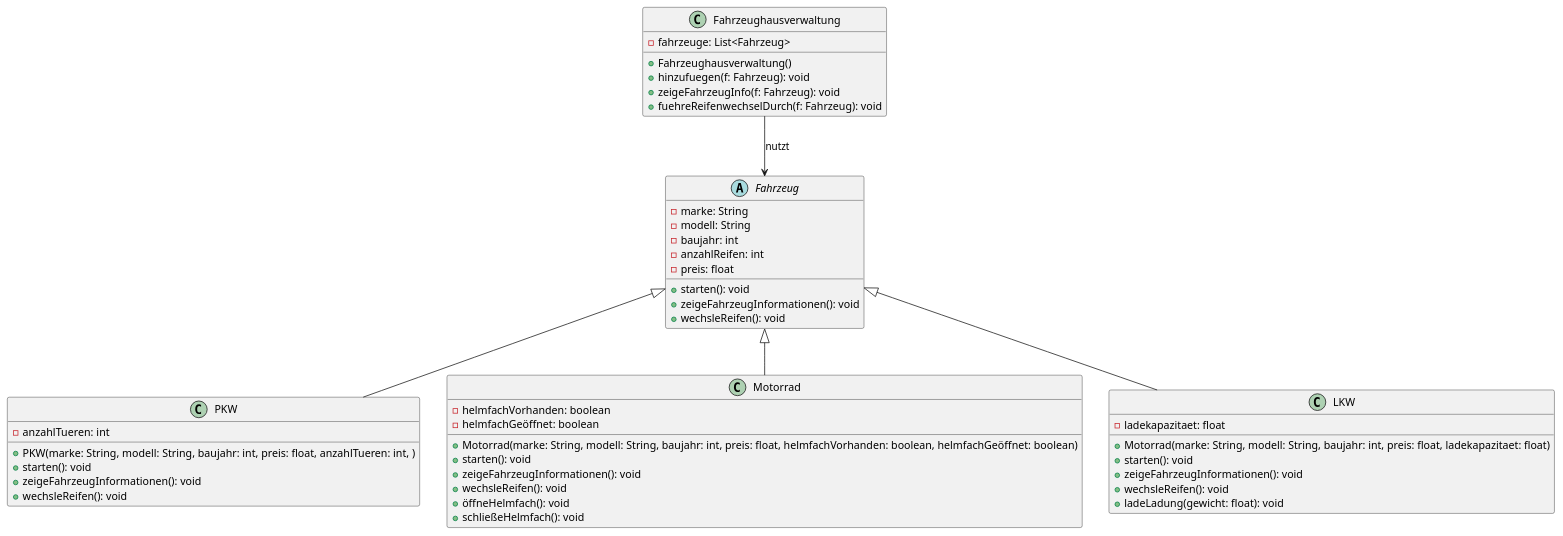
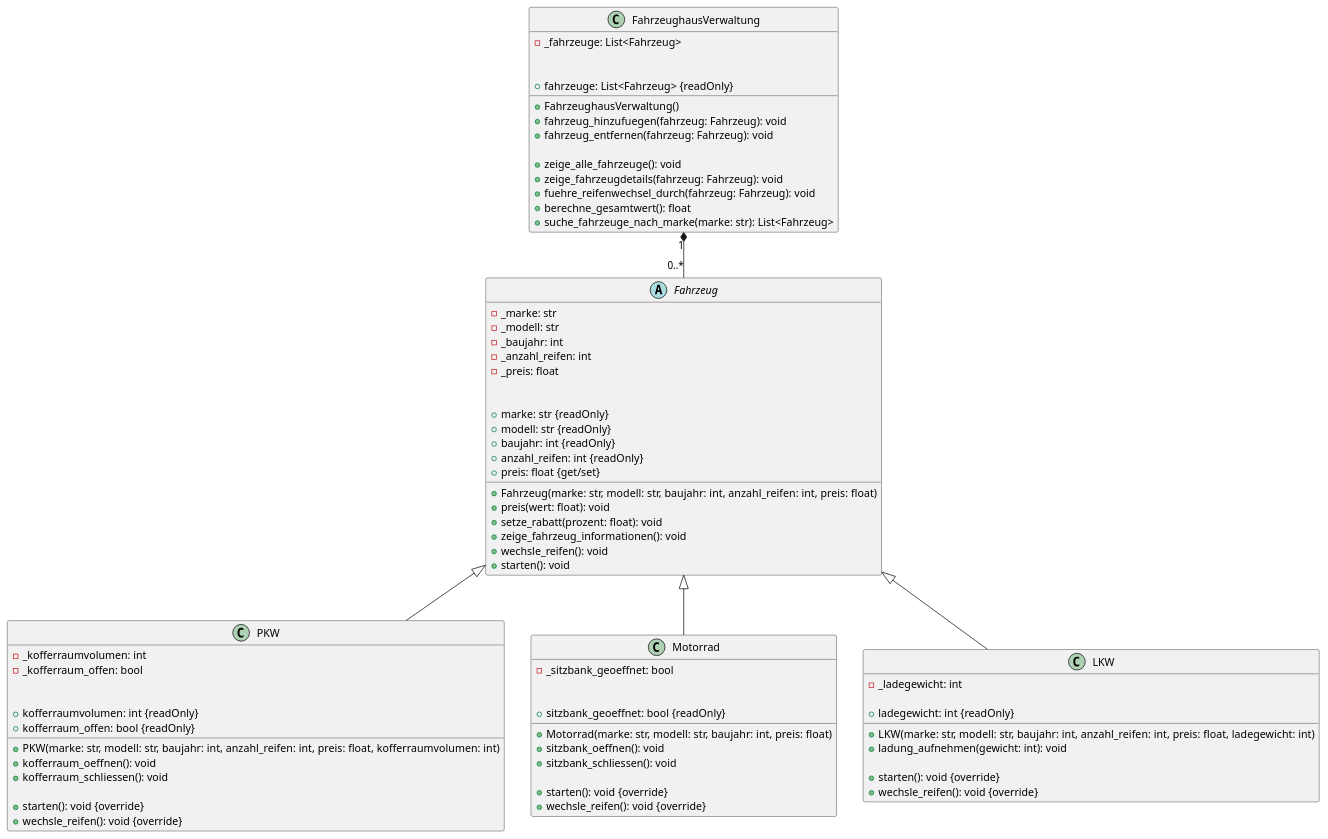
The diagram in UML/fahrzeugverwaltung.puml (heinzaa/programmierung-mit-python-dlmdwpm01), drawn with PlantUML before and after one commit.

Commit message:
Fahrzueghausverwaltungs UML update anhand der erstellten Klassen finalisiert.

```diff
--- a/UML/fahrzeugverwaltung.puml
+++ b/UML/fahrzeugverwaltung.puml
@@ -1,48 +1,102 @@
 @startuml Fahrzeugverwaltung
+
 abstract class Fahrzeug {
-  - marke: String
-  - modell: String
-  - baujahr: int
-  - anzahlReifen: int
-  - preis: float
+  - _marke: str
+  - _modell: str
+  - _baujahr: int
+  - _anzahl_reifen: int
+  - _preis: float
+
+  + Fahrzeug(marke: str, modell: str, baujahr: int, anzahl_reifen: int, preis: float)
+
+  ' Property-Zugriffe
+  + marke: str {readOnly}
+  + modell: str {readOnly}
+  + baujahr: int {readOnly}
+  + anzahl_reifen: int {readOnly}
+  + preis: float {get/set}
+
+  ' Methoden
+  + preis(wert: float): void
+  + setze_rabatt(prozent: float): void
+  + zeige_fahrzeug_informationen(): void
+  + wechsle_reifen(): void
   + starten(): void
-  + zeigeFahrzeugInformationen(): void
-  + wechsleReifen(): void
-}
-class PKW extends Fahrzeug {
-  - anzahlTueren: int
-  + PKW(marke: String, modell: String, baujahr: int, preis: float, anzahlTueren: int, )
-  + starten(): void
-  + zeigeFahrzeugInformationen(): void
-  + wechsleReifen(): void
 }
 
-class Motorrad extends Fahrzeug {
-  - helmfachVorhanden: boolean
-  - helmfachGeöffnet: boolean
-  + Motorrad(marke: String, modell: String, baujahr: int, preis: float, helmfachVorhanden: boolean, helmfachGeöffnet: boolean)
-  + starten(): void
-  + zeigeFahrzeugInformationen(): void
-  + wechsleReifen(): void
-  + öffneHelmfach(): void
-  + schließeHelmfach(): void
+class PKW {
+  - _kofferraumvolumen: int
+  - _kofferraum_offen: bool
+
+  + PKW(marke: str, modell: str, baujahr: int, anzahl_reifen: int, preis: float, kofferraumvolumen: int)
+
+  ' Properties
+  + kofferraumvolumen: int {readOnly}
+  + kofferraum_offen: bool {readOnly}
+
+  ' Steuernde Methoden
+  + kofferraum_oeffnen(): void
+  + kofferraum_schliessen(): void
+
+  ' Überschriebene Methoden
+  + starten(): void {override}
+  + wechsle_reifen(): void {override}
 }
 
-class LKW extends Fahrzeug {
-  - ladekapazitaet: float
-  + Motorrad(marke: String, modell: String, baujahr: int, preis: float, ladekapazitaet: float)
-  + starten(): void
-  + zeigeFahrzeugInformationen(): void
-  + wechsleReifen(): void
-  + ladeLadung(gewicht: float): void
+
+class Motorrad {
+  - _sitzbank_geoeffnet: bool
+
+  + Motorrad(marke: str, modell: str, baujahr: int, preis: float)
+
+  ' Property
+  + sitzbank_geoeffnet: bool {readOnly}
+
+  + sitzbank_oeffnen(): void
+  + sitzbank_schliessen(): void
+
+  + starten(): void {override}
+  + wechsle_reifen(): void {override}
 }
 
-class Fahrzeughausverwaltung {
-  - fahrzeuge: List<Fahrzeug>
-  + Fahrzeughausverwaltung()
-  + hinzufuegen(f: Fahrzeug): void
-  + zeigeFahrzeugInfo(f: Fahrzeug): void
-  + fuehreReifenwechselDurch(f: Fahrzeug): void
+class LKW {
+  - _ladegewicht: int
+  + LKW(marke: str, modell: str, baujahr: int, anzahl_reifen: int, preis: float, ladegewicht: int)
+
+  ' Property
+  + ladegewicht: int {readOnly}
+
+  ' Eigene Methode
+  + ladung_aufnehmen(gewicht: int): void
+
+  ' Überschriebene Methoden
+  + starten(): void {override}
+  + wechsle_reifen(): void {override}
 }
-Fahrzeughausverwaltung --> Fahrzeug : nutzt
-@enduml 
+
+class FahrzeughausVerwaltung {
+  - _fahrzeuge: List<Fahrzeug>
+
+  + FahrzeughausVerwaltung()
+
+  ' Zugriff
+  + fahrzeuge: List<Fahrzeug> {readOnly}
+
+  ' Verwaltung
+  + fahrzeug_hinzufuegen(fahrzeug: Fahrzeug): void
+  + fahrzeug_entfernen(fahrzeug: Fahrzeug): void
+
+  ' Anzeige & Logik
+  + zeige_alle_fahrzeuge(): void
+  + zeige_fahrzeugdetails(fahrzeug: Fahrzeug): void
+  + fuehre_reifenwechsel_durch(fahrzeug: Fahrzeug): void
+  + berechne_gesamtwert(): float
+  + suche_fahrzeuge_nach_marke(marke: str): List<Fahrzeug>
+}
+
+Fahrzeug <|-- PKW
+Fahrzeug <|-- Motorrad
+Fahrzeug <|-- LKW
+FahrzeughausVerwaltung "1" *-- "0..*" Fahrzeug
+
+@enduml
```
